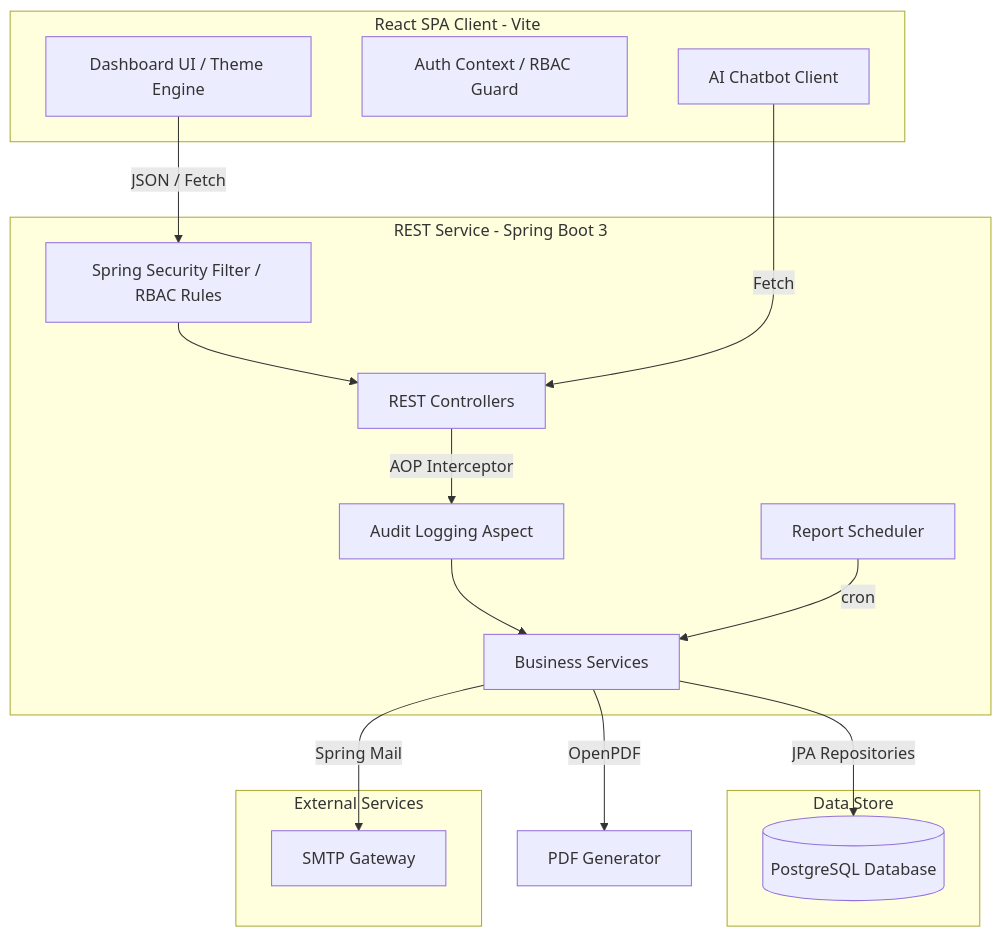
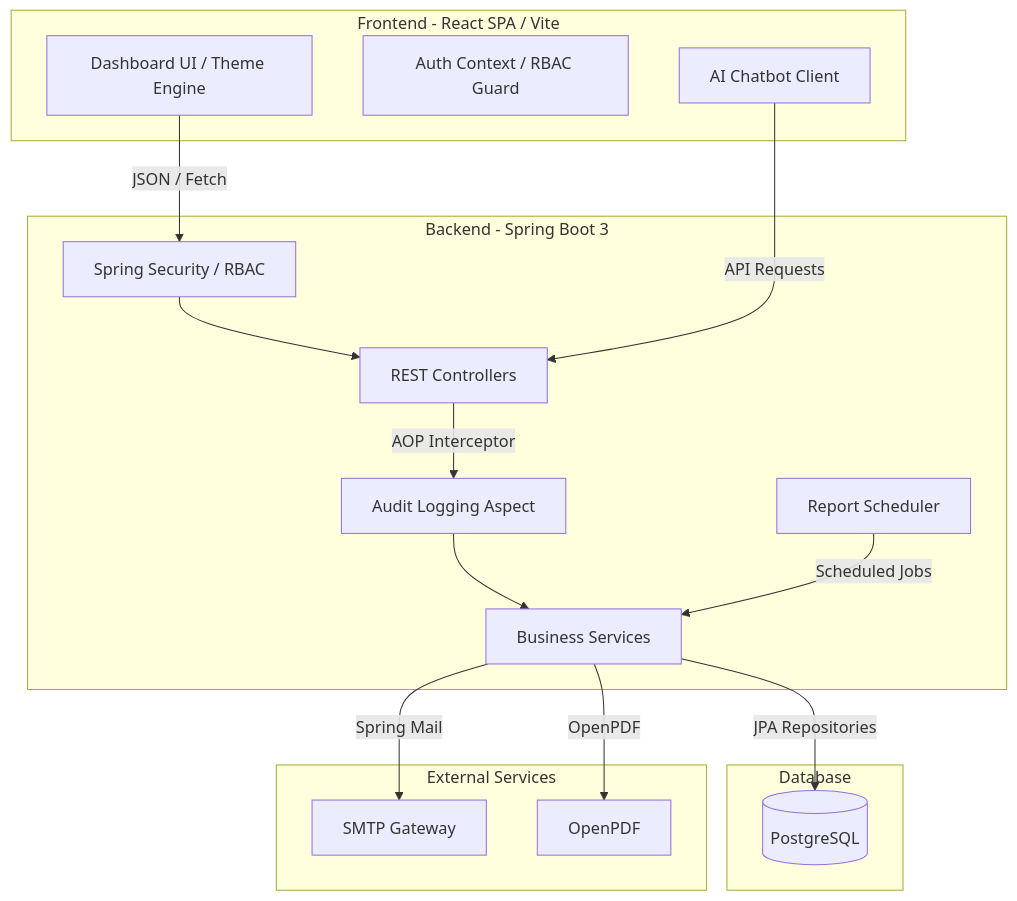
The diagram in README.md (Rajashekar25-colud/SentinelCore-SecurityOps), drawn with Mermaid before and after one commit. The commit also changed other lines of this file, not shown here.

````diff
--- a/README.md
+++ b/README.md
@@ -23,38 +180,36 @@
 ```mermaid
 graph TD
-    %% Frontend Layer
-    subgraph Frontend [React SPA Client - Vite]
-        UI[Dashboard UI / Theme Engine]
-        AC[Auth Context / RBAC Guard]
-        AI[AI Chatbot Client]
+
+    subgraph Frontend["Frontend - React SPA / Vite"]
+        UI["Dashboard UI / Theme Engine"]
+        AC["Auth Context / RBAC Guard"]
+        AI["AI Chatbot Client"]
     end
 
-    %% API Layer
-    subgraph Backend [REST Service - Spring Boot 3]
-        SEC[Spring Security Filter / RBAC Rules]
-        AOP[Audit Logging Aspect]
-        CTRL[REST Controllers]
-        SERV[Business Services]
-        SCH[Report Scheduler]
+    subgraph Backend["Backend - Spring Boot 3"]
+        SEC["Spring Security / RBAC"]
+        CTRL["REST Controllers"]
+        AOP["Audit Logging Aspect"]
+        SERV["Business Services"]
+        SCH["Report Scheduler"]
     end
 
-    %% Data & External
-    subgraph DB [Data Store]
-        POSTGRES[(PostgreSQL Database)]
+    subgraph Database["Database"]
+        POSTGRES[("PostgreSQL")]
     end
 
-    subgraph External [External Services]
-        SMTP[SMTP Gateway]
+    subgraph External["External Services"]
+        SMTP["SMTP Gateway"]
+        PDF["OpenPDF"]
     end
 
-    %% Interactions
-    UI -->|JSON / Fetch| SEC
+    UI -->|"JSON / Fetch"| SEC
     SEC --> CTRL
-    CTRL -->|AOP Interceptor| AOP
+    CTRL -->|"AOP Interceptor"| AOP
     AOP --> SERV
-    SERV -->|JPA Repositories| POSTGRES
-    SERV -->|OpenPDF| PDF[PDF Generator]
-    SERV -->|Spring Mail| SMTP
-    SCH -->|cron| SERV
-    AI -->|Fetch| CTRL
+    SERV -->|"JPA Repositories"| POSTGRES
+    SERV -->|"OpenPDF"| PDF
+    SERV -->|"Spring Mail"| SMTP
+    SCH -->|"Scheduled Jobs"| SERV
+    AI -->|"API Requests"| CTRL
 ```
````
